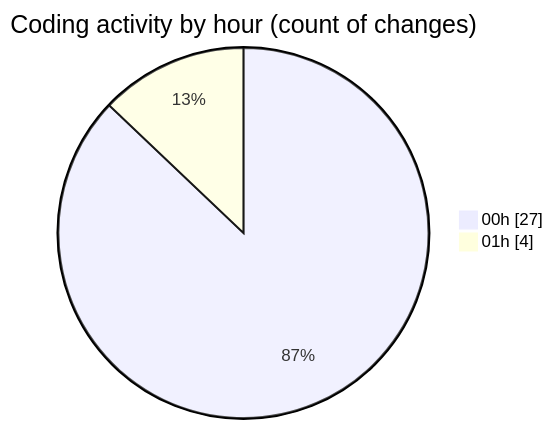
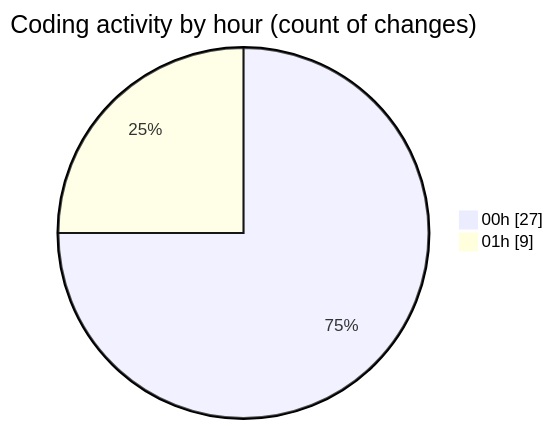
The second of 2 diagrams in 2025-09-03/quytuthien_vn/README.md (lephambinh05/code-tracking), drawn with Mermaid before and after one commit. The commit also changed other lines of this file and 1 other file, not shown here.

````diff
--- a/2025-09-03/quytuthien_vn/README.md
+++ b/2025-09-03/quytuthien_vn/README.md
@@ -42,6 +42,6 @@
 ```mermaid
 pie showData
 title Coding activity by hour (count of changes)
 "00h" : 27
-"01h" : 4
+"01h" : 9
 ```
````
